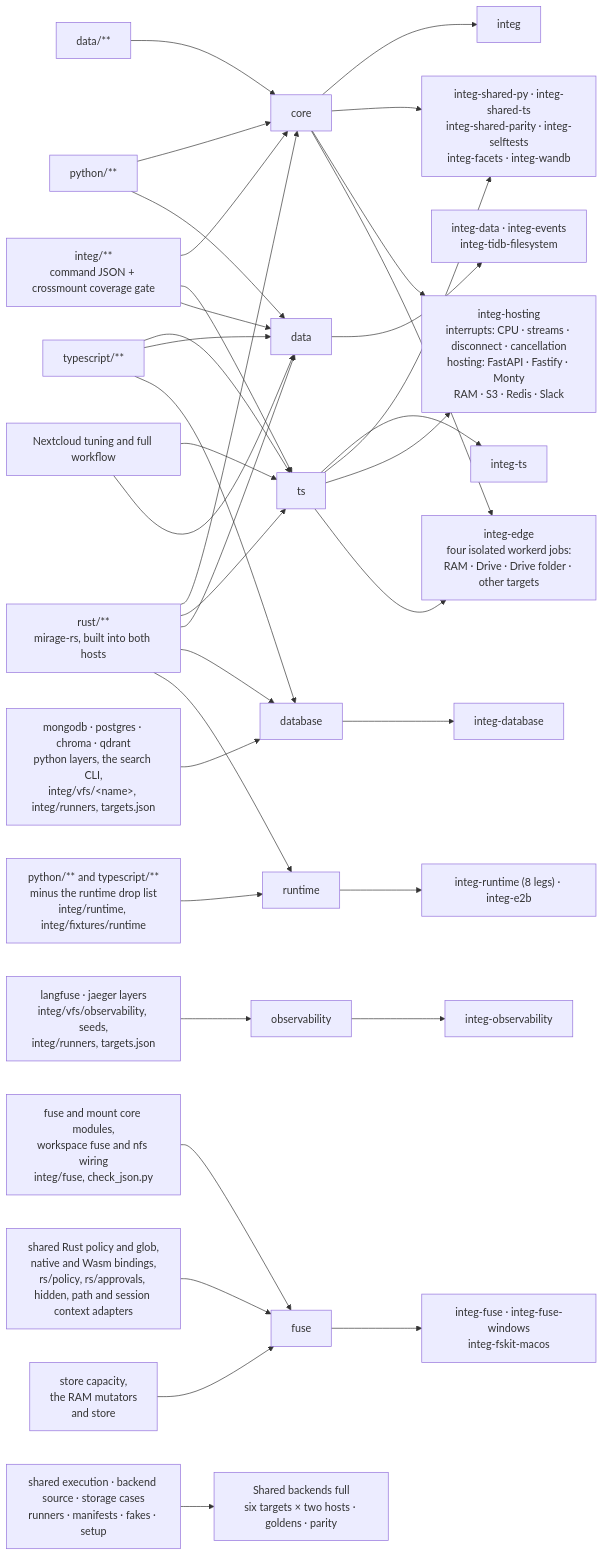
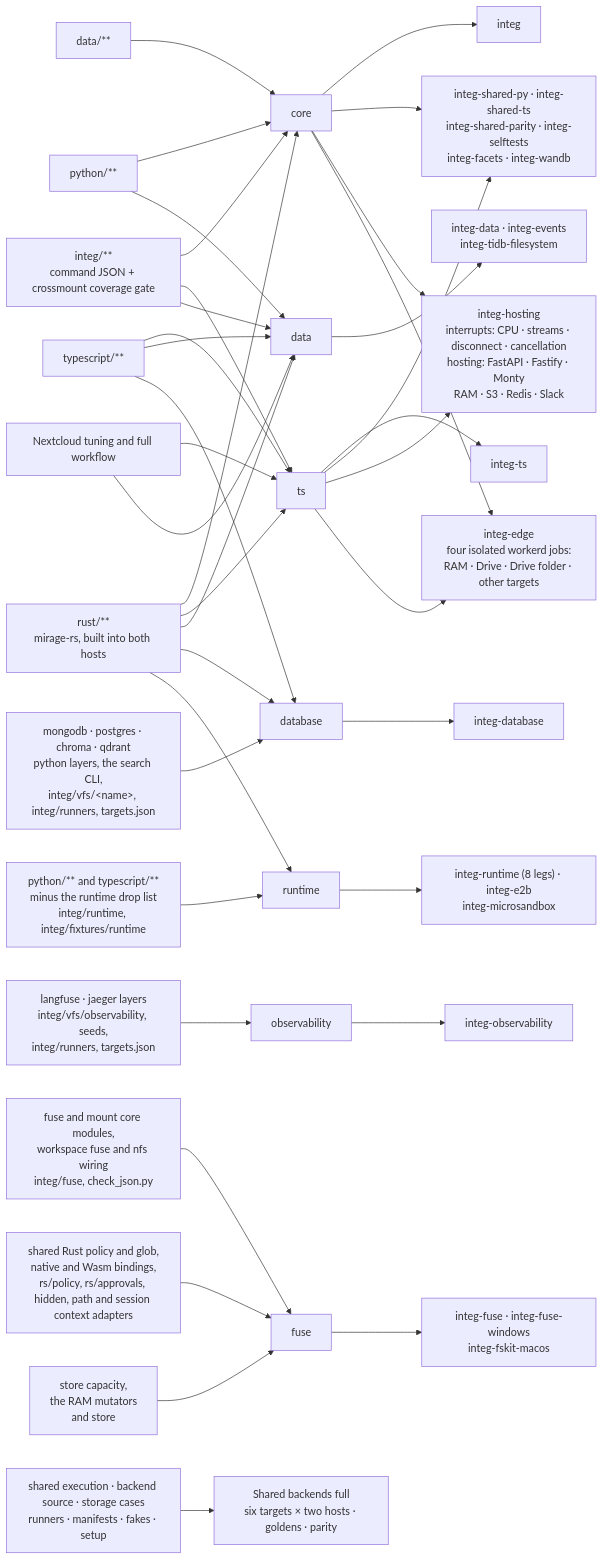
One commit to strukto-ai/mirage changed the diagram in integ/README.md. Above: the diagram before and after it, drawn with Mermaid. The commit also changed 202 other files, not shown here.

````diff
--- a/integ/README.md
+++ b/integ/README.md
@@ -414,26 +414,26 @@
 ```mermaid
 flowchart LR
     PY["python/**"] --> core & data
     TSX["typescript/**"] --> ts & data & database
     IN["integ/**<br/>command JSON + crossmount coverage gate"] --> core & ts & data
     D["data/**"] --> core
     RS["rust/**<br/>mirage-rs, built into both hosts"] --> core & ts & data & database & runtime
     DB["mongodb · postgres · chroma · qdrant<br/>python layers, the search CLI,<br/>integ/vfs/&lt;name&gt;, integ/runners, targets.json"] --> database
     OB["langfuse · jaeger layers<br/>integ/vfs/observability, seeds,<br/>integ/runners, targets.json"] --> observability
     FS["fuse and mount core modules,<br/>workspace fuse and nfs wiring<br/>integ/fuse, check_json.py"] --> fuse
     FP["shared Rust policy and glob,<br/>native and Wasm bindings,<br/>rs/policy, rs/approvals, hidden, path and session context adapters"] --> fuse
     CA["store capacity,<br/>the RAM mutators<br/>and store"] --> fuse
     RT["python/** and typescript/**<br/>minus the runtime drop list<br/>integ/runtime, integ/fixtures/runtime"] --> runtime
     core --> J1["integ"]
     ts --> J2["integ-ts"]
     core & ts --> J3["integ-shared-py · integ-shared-ts<br/>integ-shared-parity · integ-selftests<br/>integ-facets · integ-wandb"]
     core & ts --> HOST["integ-hosting<br/>interrupts: CPU · streams · disconnect · cancellation<br/>hosting: FastAPI · Fastify · Monty<br/>RAM · S3 · Redis · Slack"]
     core & ts --> EDGE["integ-edge<br/>four isolated workerd jobs:<br/>RAM · Drive · Drive folder · other targets"]
     NC["Nextcloud tuning and full workflow"] --> ts & data
     SF["shared execution · backend source · storage cases<br/>runners · manifests · fakes · setup"] --> FULL["Shared backends full<br/>six targets × two hosts · goldens · parity"]
     data --> J4["integ-data · integ-events<br/>integ-tidb-filesystem"]
     database --> J5["integ-database"]
     observability --> J6["integ-observability"]
     fuse --> J7["integ-fuse · integ-fuse-windows<br/>integ-fskit-macos"]
-    runtime --> J8["integ-runtime (8 legs) · integ-e2b"]
+    runtime --> J8["integ-runtime (8 legs) · integ-e2b<br/>integ-microsandbox"]
 ```
````
